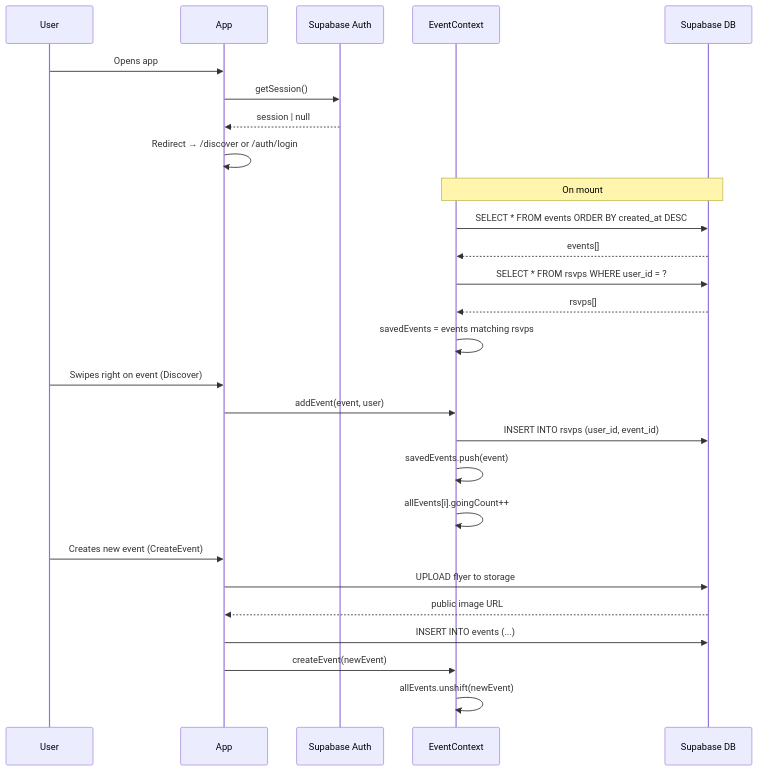
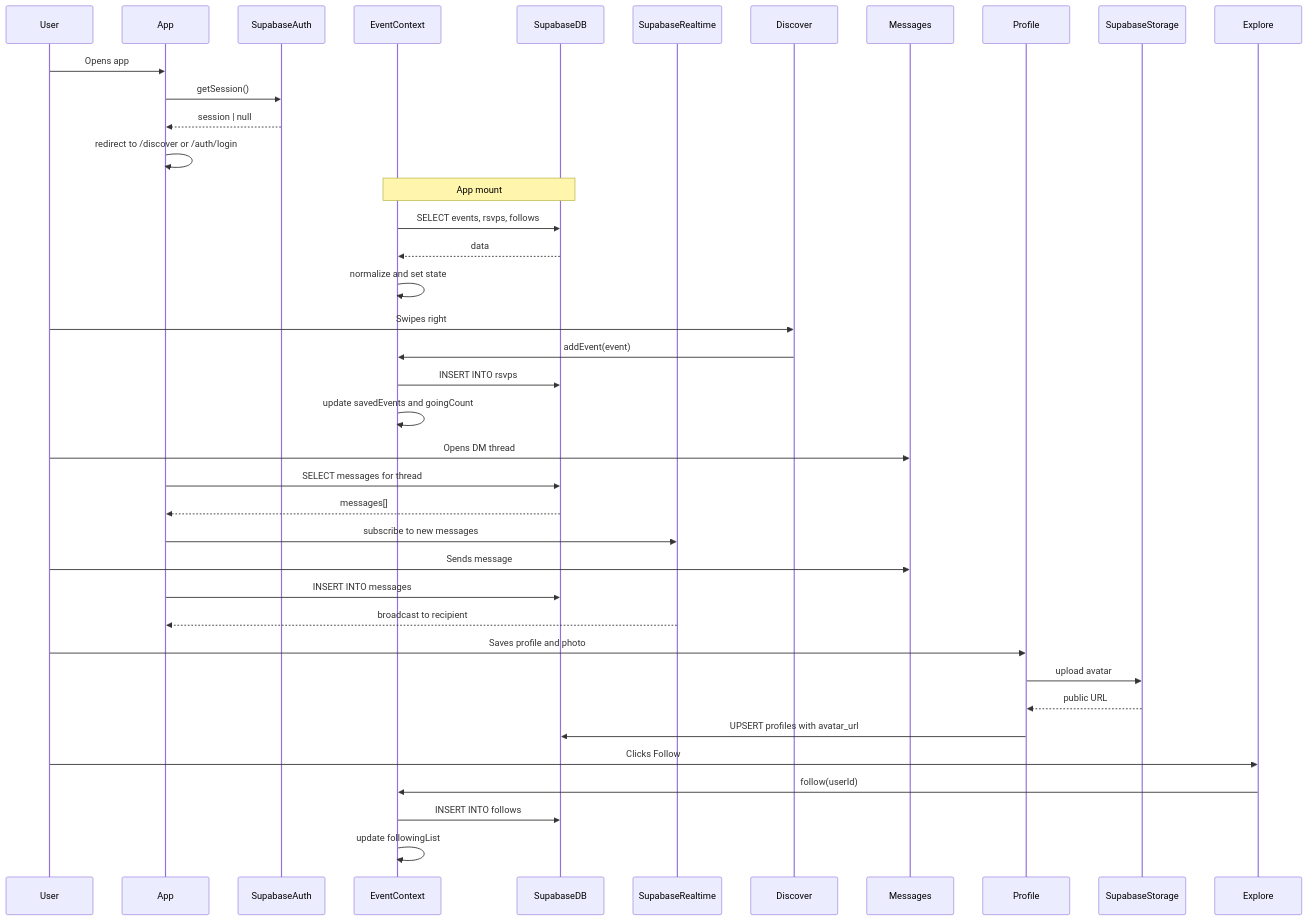
The fourth of 5 diagrams in docs/architecture/uml-diagrams.md (Aalbana20/campus-event-navigation), drawn with Mermaid before and after one commit. The commit also changed other lines of this file and 3 other files, not shown here.

Commit message:
Remove duplicate files, update UML diagrams

````diff
--- a/docs/architecture/uml-diagrams.md
+++ b/docs/architecture/uml-diagrams.md
@@ -155,33 +198,42 @@
 ```mermaid
 sequenceDiagram
     participant User
     participant App
-    participant Supabase Auth
+    participant SupabaseAuth
     participant EventContext
-    participant Supabase DB
+    participant SupabaseDB
+    participant SupabaseRealtime
 
     User->>App: Opens app
-    App->>Supabase Auth: getSession()
-    Supabase Auth-->>App: session | null
-    App->>App: Redirect → /discover or /auth/login
+    App->>SupabaseAuth: getSession()
+    SupabaseAuth-->>App: session | null
+    App->>App: redirect to /discover or /auth/login
 
-    Note over EventContext, Supabase DB: On mount
-    EventContext->>Supabase DB: SELECT * FROM events ORDER BY created_at DESC
-    Supabase DB-->>EventContext: events[]
-    EventContext->>Supabase DB: SELECT * FROM rsvps WHERE user_id = ?
-    Supabase DB-->>EventContext: rsvps[]
-    EventContext->>EventContext: savedEvents = events matching rsvps
+    Note over EventContext,SupabaseDB: App mount
+    EventContext->>SupabaseDB: SELECT events, rsvps, follows
+    SupabaseDB-->>EventContext: data
+    EventContext->>EventContext: normalize and set state
 
-    User->>App: Swipes right on event (Discover)
-    App->>EventContext: addEvent(event, user)
-    EventContext->>Supabase DB: INSERT INTO rsvps (user_id, event_id)
-    EventContext->>EventContext: savedEvents.push(event)
-    EventContext->>EventContext: allEvents[i].goingCount++
+    User->>Discover: Swipes right
+    Discover->>EventContext: addEvent(event)
+    EventContext->>SupabaseDB: INSERT INTO rsvps
+    EventContext->>EventContext: update savedEvents and goingCount
 
-    User->>App: Creates new event (CreateEvent)
-    App->>Supabase DB: UPLOAD flyer to storage
-    Supabase DB-->>App: public image URL
-    App->>Supabase DB: INSERT INTO events (...)
-    App->>EventContext: createEvent(newEvent)
-    EventContext->>EventContext: allEvents.unshift(newEvent)
+    User->>Messages: Opens DM thread
+    App->>SupabaseDB: SELECT messages for thread
+    SupabaseDB-->>App: messages[]
+    App->>SupabaseRealtime: subscribe to new messages
+    User->>Messages: Sends message
+    App->>SupabaseDB: INSERT INTO messages
+    SupabaseRealtime-->>App: broadcast to recipient
+
+    User->>Profile: Saves profile and photo
+    Profile->>SupabaseStorage: upload avatar
+    SupabaseStorage-->>Profile: public URL
+    Profile->>SupabaseDB: UPSERT profiles with avatar_url
+
+    User->>Explore: Clicks Follow
+    Explore->>EventContext: follow(userId)
+    EventContext->>SupabaseDB: INSERT INTO follows
+    EventContext->>EventContext: update followingList
 ```
````
